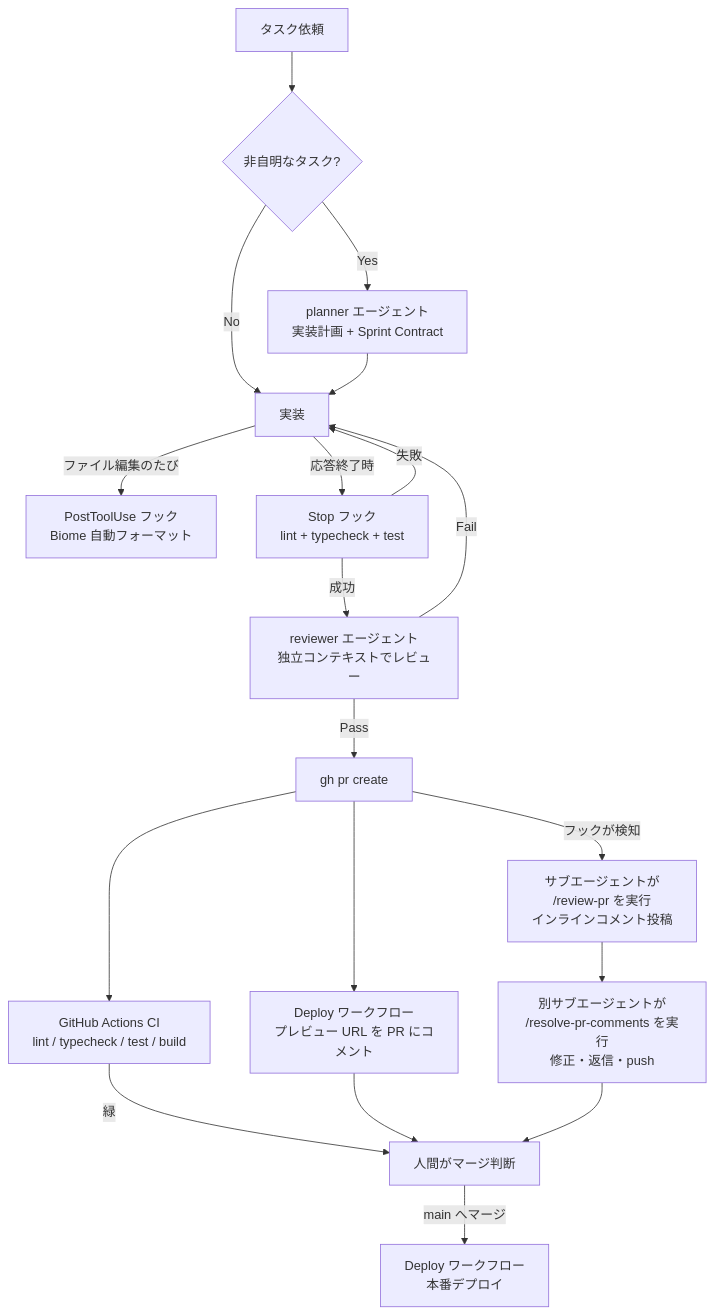
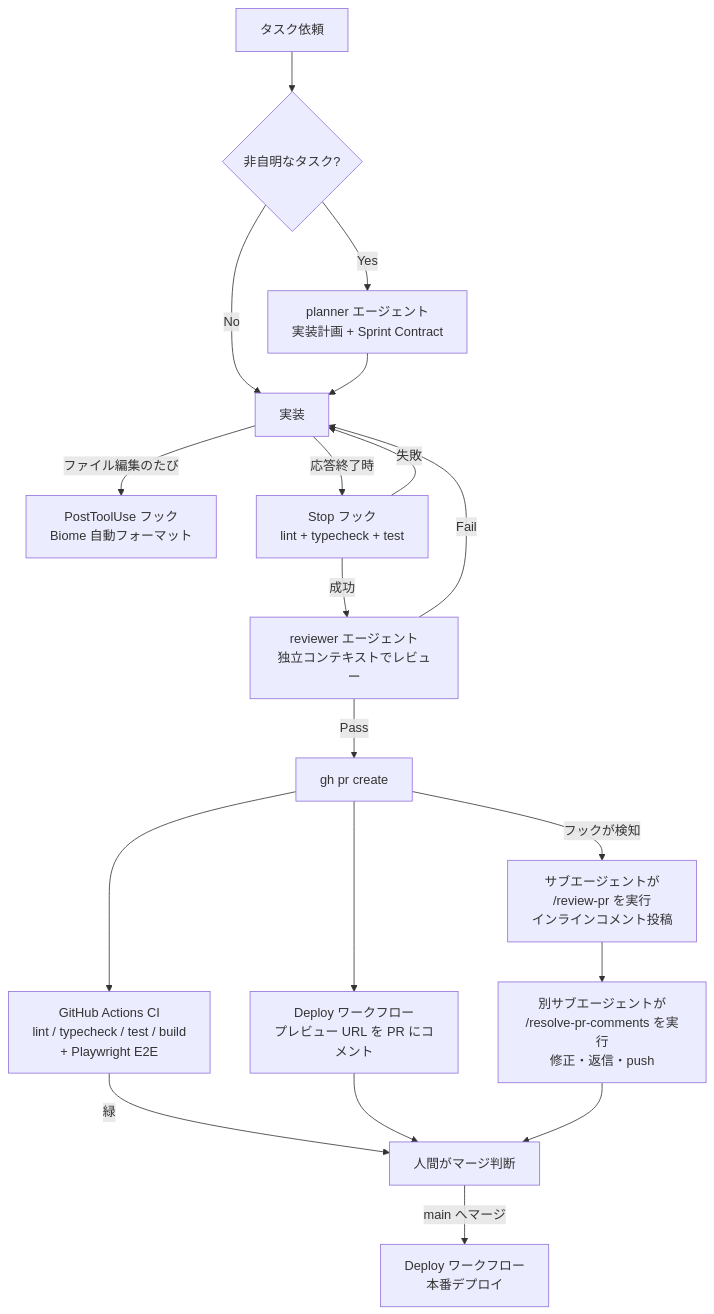
One commit to Suemura/client-side-image-converter changed the diagram in docs/HARNESS.md. Above: the diagram before and after it, drawn with Mermaid. The commit also changed other lines of this file and 1 other file, not shown here.

````diff
--- a/docs/HARNESS.md
+++ b/docs/HARNESS.md
@@ -8,21 +8,21 @@
 ```mermaid
 flowchart TD
     A[タスク依頼] --> B{非自明なタスク?}
     B -- Yes --> C[planner エージェント<br>実装計画 + Sprint Contract]
     B -- No --> D[実装]
     C --> D
     D -- ファイル編集のたび --> E[PostToolUse フック<br>Biome 自動フォーマット]
     D -- 応答終了時 --> F[Stop フック<br>lint + typecheck + test]
     F -- 失敗 --> D
     F -- 成功 --> G[reviewer エージェント<br>独立コンテキストでレビュー]
     G -- Fail --> D
     G -- Pass --> H[gh pr create]
     H -- フックが検知 --> I[サブエージェントが<br>/review-pr を実行<br>インラインコメント投稿]
     I --> J[別サブエージェントが<br>/resolve-pr-comments を実行<br>修正・返信・push]
-    H --> K[GitHub Actions CI<br>lint / typecheck / test / build]
+    H --> K[GitHub Actions CI<br>lint / typecheck / test / build<br>+ Playwright E2E]
     H --> P[Deploy ワークフロー<br>プレビュー URL を PR にコメント]
     K -- 緑 --> L[人間がマージ判断]
     P --> L
     J --> L
     L -- main へマージ --> M[Deploy ワークフロー<br>本番デプロイ]
 ```
````
